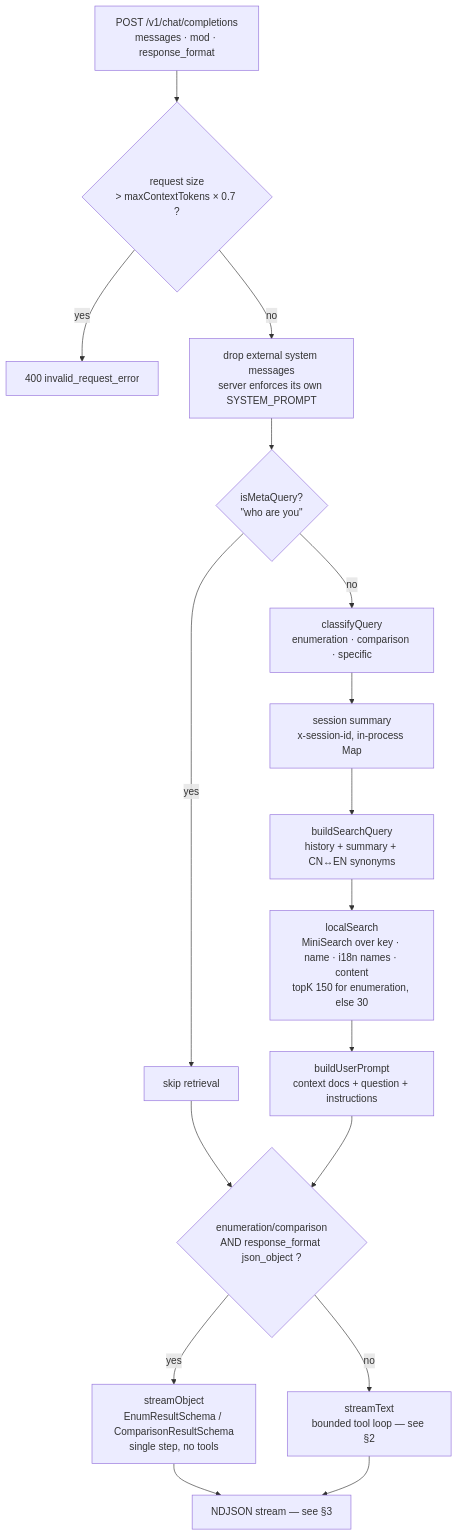
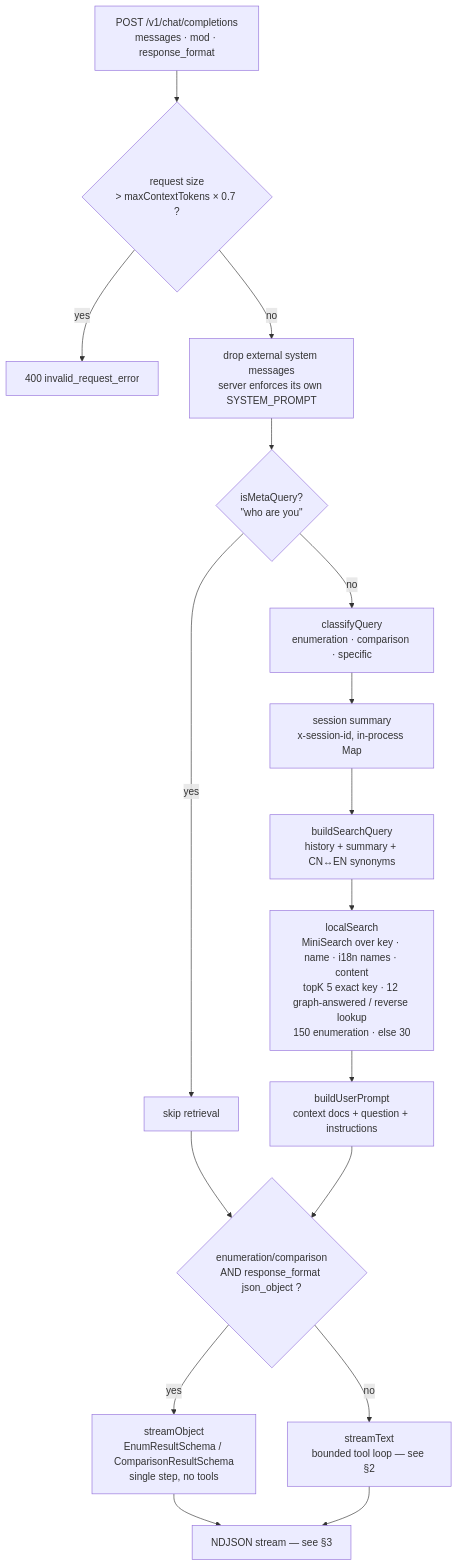
One commit to rwr-infra/rwr-data-agent changed the first of 4 diagrams in ARCHITECTURE.md. Above: the diagram before and after it, drawn with Mermaid. The commit also changed other lines of this file and 76 other files, not shown here.

````diff
--- a/ARCHITECTURE.md
+++ b/ARCHITECTURE.md
@@ -14,22 +14,22 @@
 ```mermaid
 flowchart TD
     REQ["POST /v1/chat/completions<br/>messages · mod · response_format"] --> GUARD{"request size<br/>&gt; maxContextTokens × 0.7 ?"}
     GUARD -- yes --> R400["400 invalid_request_error"]
     GUARD -- no --> STRIP["drop external system messages<br/>server enforces its own SYSTEM_PROMPT"]
     STRIP --> META{"isMetaQuery?<br/>&quot;who are you&quot;"}
     META -- yes --> SKIP["skip retrieval"]
     META -- no --> INTENT["classifyQuery<br/>enumeration · comparison · specific"]
 
     INTENT --> SUM["session summary<br/>x-session-id, in-process Map"]
     SUM --> REWRITE["buildSearchQuery<br/>history + summary + CN↔EN synonyms"]
-    REWRITE --> SEARCH["localSearch<br/>MiniSearch over key · name · i18n names · content<br/>topK 150 for enumeration, else 30"]
+    REWRITE --> SEARCH["localSearch<br/>MiniSearch over key · name · i18n names · content<br/>topK 5 exact key · 12 graph-answered / reverse lookup<br/>150 enumeration · else 30"]
     SEARCH --> PROMPT["buildUserPrompt<br/>context docs + question + instructions"]
 
     SKIP --> MODE
     PROMPT --> MODE{"enumeration/comparison<br/>AND response_format json_object ?"}
     MODE -- yes --> SOBJ["streamObject<br/>EnumResultSchema / ComparisonResultSchema<br/>single step, no tools"]
     MODE -- no --> STXT["streamText<br/>bounded tool loop — see §2"]
 
     SOBJ --> OUT["NDJSON stream — see §3"]
     STXT --> OUT
 ```
````
